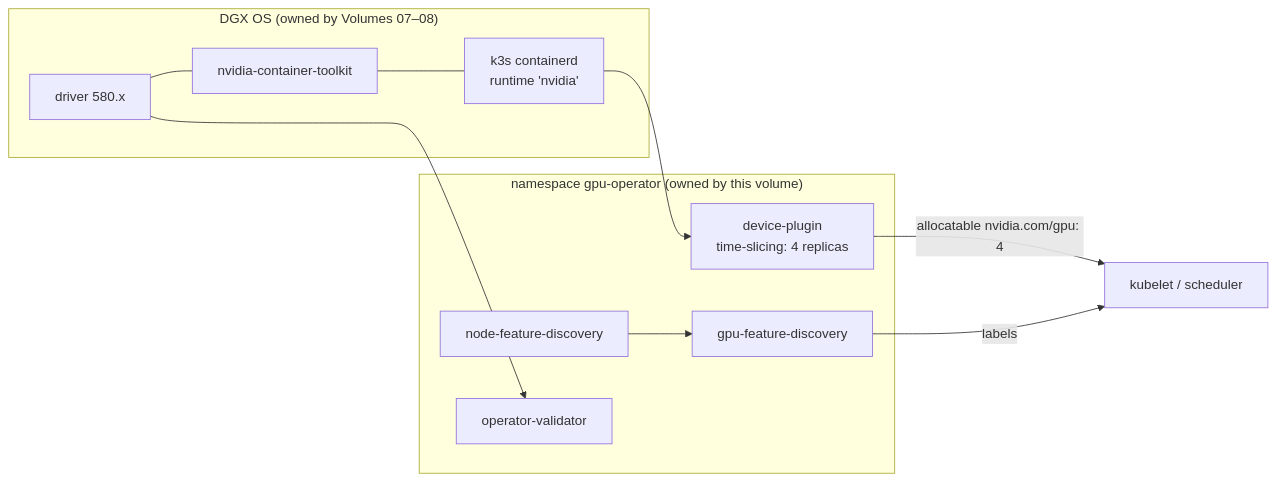
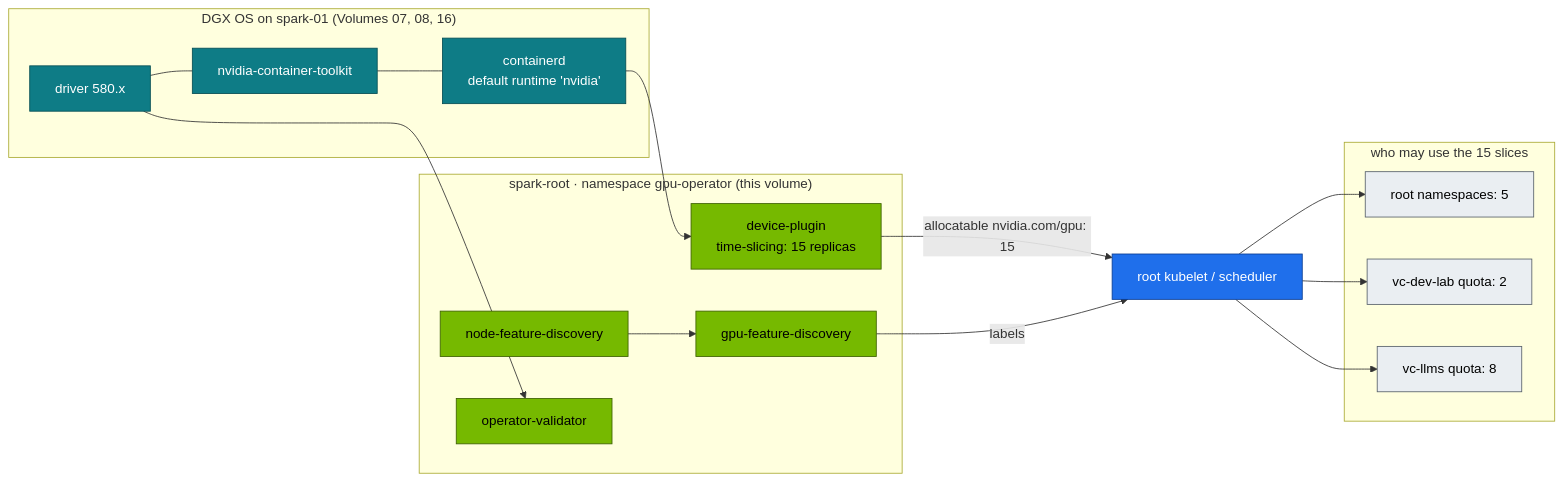
Before and after one commit to cloudone365/technical-depth: the diagram in 01 Ansible/17-nvidia-gpu-operator-helm-automation.md, drawn with Mermaid. The commit also changed other lines of this file and 53 other files, not shown here.

First line of the commit message:
Rewrite 01 Ansible and 02 Kubernetes volumes for the kubeadm root + two vClusters

````diff
--- a/01 Ansible/17-nvidia-gpu-operator-helm-automation.md
+++ b/01 Ansible/17-nvidia-gpu-operator-helm-automation.md
@@ -26,15 +29,29 @@
 ```mermaid
 flowchart LR
-  subgraph HOST["DGX OS (owned by Volumes 07–08)"]
-    DRV[driver 580.x] --- TK[nvidia-container-toolkit] --- RT["k3s containerd<br/>runtime 'nvidia'"]
+  subgraph HOST["DGX OS on spark-01 (Volumes 07, 08, 16)"]
+    DRV["driver 580.x"] --- TK["nvidia-container-toolkit"] --- RT["containerd<br/>default runtime 'nvidia'"]
   end
-  subgraph OP["namespace gpu-operator (owned by this volume)"]
-    NFD[node-feature-discovery] --> GFD[gpu-feature-discovery]
-    DP["device-plugin<br/>time-slicing: 4 replicas"]
+  subgraph OP["spark-root · namespace gpu-operator (this volume)"]
+    NFD["node-feature-discovery"] --> GFD["gpu-feature-discovery"]
+    DP["device-plugin<br/>time-slicing: 15 replicas"]
     VAL["operator-validator"]
+  end
+  subgraph BUD["who may use the 15 slices"]
+    R["root namespaces: 5"]
+    D["vc-dev-lab quota: 2"]
+    L["vc-llms quota: 8"]
   end
   RT --> DP
   DRV --> VAL
-  DP -->|"allocatable nvidia.com/gpu: 4"| K["kubelet / scheduler"]
+  DP -->|"allocatable nvidia.com/gpu: 15"| K["root kubelet / scheduler"]
   GFD -->|labels| K
+  K --> R & D & L
+  classDef node fill:#0e7c86,stroke:#064e54,color:#fff
+  classDef gpu fill:#76b900,stroke:#3d6000,color:#000
+  classDef ctrl fill:#1f6feb,stroke:#0b3d91,color:#fff
+  classDef tenant fill:#eaeef2,stroke:#57606a,color:#000
+  class DRV,TK,RT node
+  class NFD,GFD,DP,VAL gpu
+  class K ctrl
+  class R,D,L tenant
 ```
````
